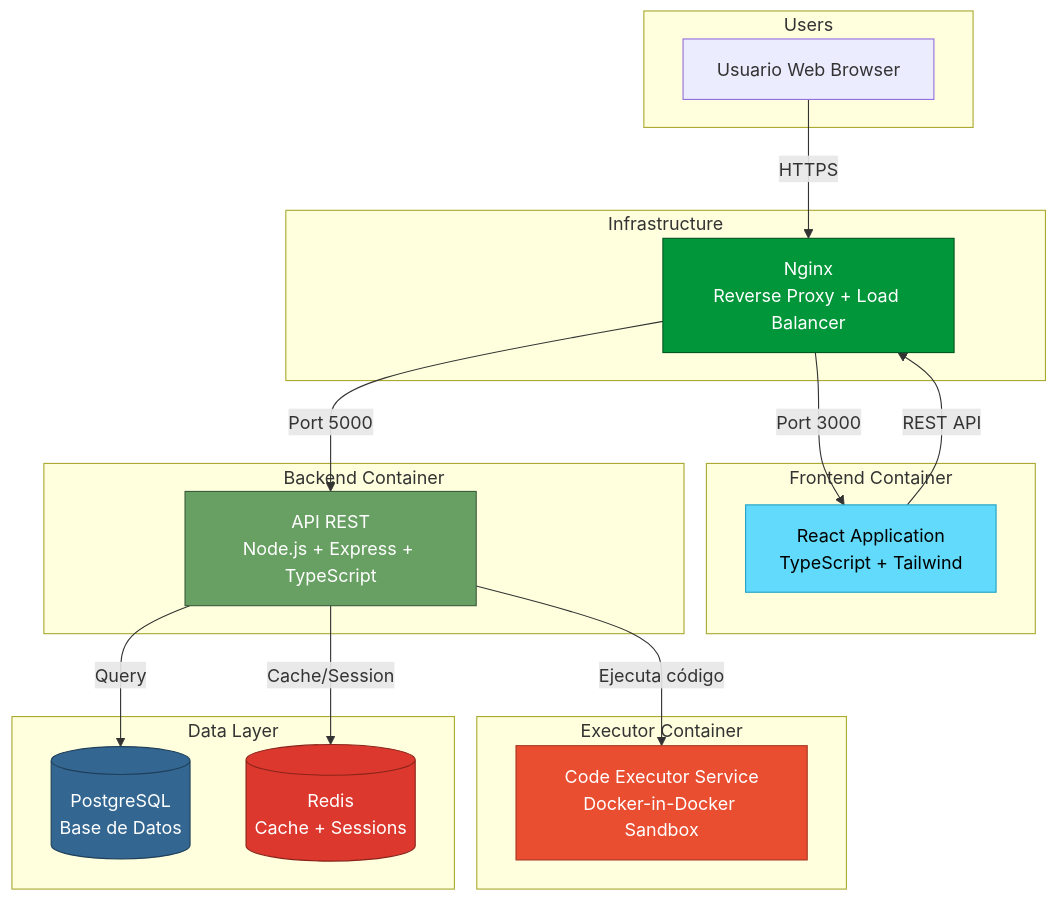
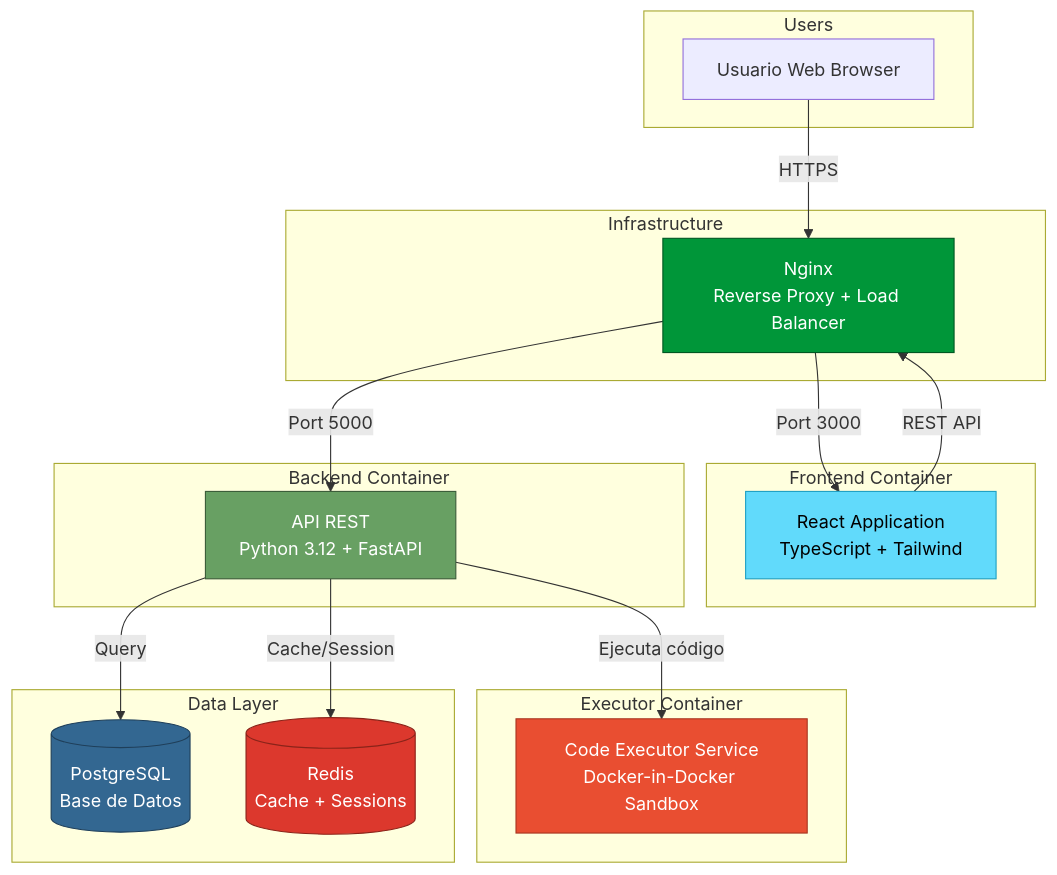
One commit to rojored7/LMS changed the second of 9 diagrams in plataforma/docs/arquitectura.md. Above: the diagram before and after it, drawn with Mermaid. The commit also changed other lines of this file and 265 other files, not shown here.

First line of the commit message:
feat: Migracion completa Express/Prisma a FastAPI/SQLAlchemy + mejoras plataforma

````diff
--- a/plataforma/docs/arquitectura.md
+++ b/plataforma/docs/arquitectura.md
@@ -101,42 +101,42 @@
 ```mermaid
 graph TB
     subgraph Users
         U1[Usuario Web Browser]
     end
 
     subgraph Frontend Container
         React[React Application<br>TypeScript + Tailwind]
     end
 
     subgraph Backend Container
-        API[API REST<br>Node.js + Express + TypeScript]
+        API[API REST<br>Python 3.12 + FastAPI]
     end
 
     subgraph Executor Container
         Executor[Code Executor Service<br>Docker-in-Docker Sandbox]
     end
 
     subgraph Data Layer
         PostgreSQL[(PostgreSQL<br>Base de Datos)]
         Redis[(Redis<br>Cache + Sessions)]
     end
 
     subgraph Infrastructure
         Nginx[Nginx<br>Reverse Proxy + Load Balancer]
     end
 
     U1 -->|HTTPS| Nginx
     Nginx -->|Port 3000| React
     React -->|REST API| Nginx
     Nginx -->|Port 5000| API
     API -->|Ejecuta código| Executor
     API -->|Query| PostgreSQL
     API -->|Cache/Session| Redis
 
     style React fill:#61DAFB,stroke:#21A1C4,color:#000
     style API fill:#68A063,stroke:#3C5D3A,color:#fff
     style Executor fill:#E94E31,stroke:#A83621,color:#fff
     style PostgreSQL fill:#336791,stroke:#1F3F5A,color:#fff
     style Redis fill:#DC382D,stroke:#8A2319,color:#fff
     style Nginx fill:#009639,stroke:#005722,color:#fff
 ```
````
